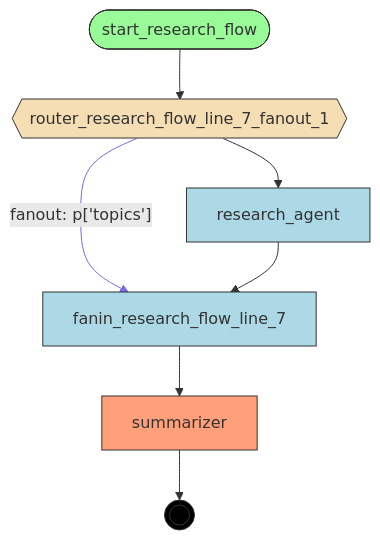
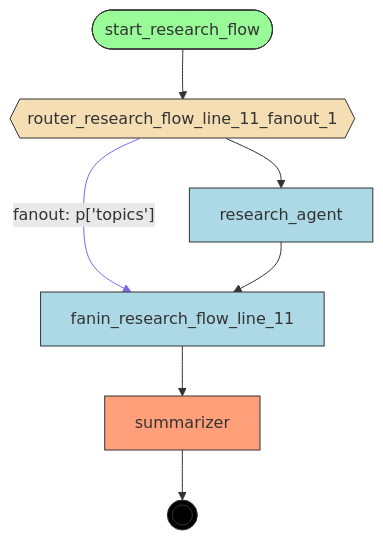
One commit to deliveryhero/asya changed the diagram in src/asya-testing/asya_testing/flows/research_flow/compiled/flow.mmd. Above: the diagram before and after it, drawn with Mermaid. The commit also changed 58 other files, not shown here.

First line of the commit message:
fix: add @actor to asya-testing flow handlers, recompile all

```diff
--- a/src/asya-testing/asya_testing/flows/research_flow/compiled/flow.mmd
+++ b/src/asya-testing/asya_testing/flows/research_flow/compiled/flow.mmd
@@ -1,28 +1,28 @@
 flowchart TD
     %% Flow: research_flow
 
-    fanin_research_flow_line_7[fanin_research_flow_line_7]
+    fanin_research_flow_line_11[fanin_research_flow_line_11]
     research_agent[research_agent]
-    router_research_flow_line_7_fanout_1{{router_research_flow_line_7_fanout_1}}
+    router_research_flow_line_11_fanout_1{{router_research_flow_line_11_fanout_1}}
     start_research_flow([start_research_flow])
     summarizer[summarizer]
     __end__((( )))
 
-    start_research_flow --> router_research_flow_line_7_fanout_1
-    router_research_flow_line_7_fanout_1 -->|"fanout: p['topics']"| fanin_research_flow_line_7
-    fanin_research_flow_line_7 --> summarizer
-    router_research_flow_line_7_fanout_1 --> research_agent
-    research_agent --> fanin_research_flow_line_7
+    start_research_flow --> router_research_flow_line_11_fanout_1
+    router_research_flow_line_11_fanout_1 -->|"fanout: p['topics']"| fanin_research_flow_line_11
+    fanin_research_flow_line_11 --> summarizer
+    router_research_flow_line_11_fanout_1 --> research_agent
+    research_agent --> fanin_research_flow_line_11
     summarizer --> __end__
 
     classDef start fill:#98FB98,stroke:#333
     classDef endnode fill:#FFA07A,stroke:#333
     classDef router fill:#F5DEB3,stroke:#333
     classDef handler fill:#ADD8E6,stroke:#333
     classDef endpoint fill:#000,stroke:#333,color:#fff
     class start_research_flow start
     class summarizer endnode
-    class router_research_flow_line_7_fanout_1 router
-    class fanin_research_flow_line_7,research_agent handler
+    class router_research_flow_line_11_fanout_1 router
+    class fanin_research_flow_line_11,research_agent handler
     class __end__ endpoint
     linkStyle 1 stroke:#7B68EE
```
